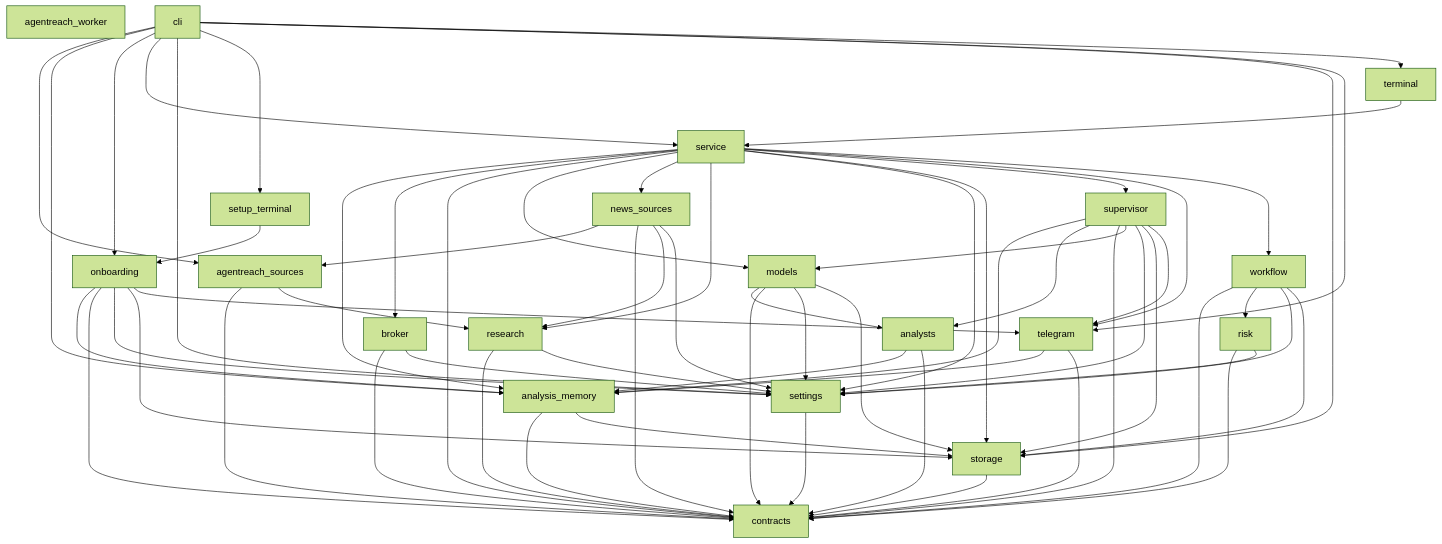
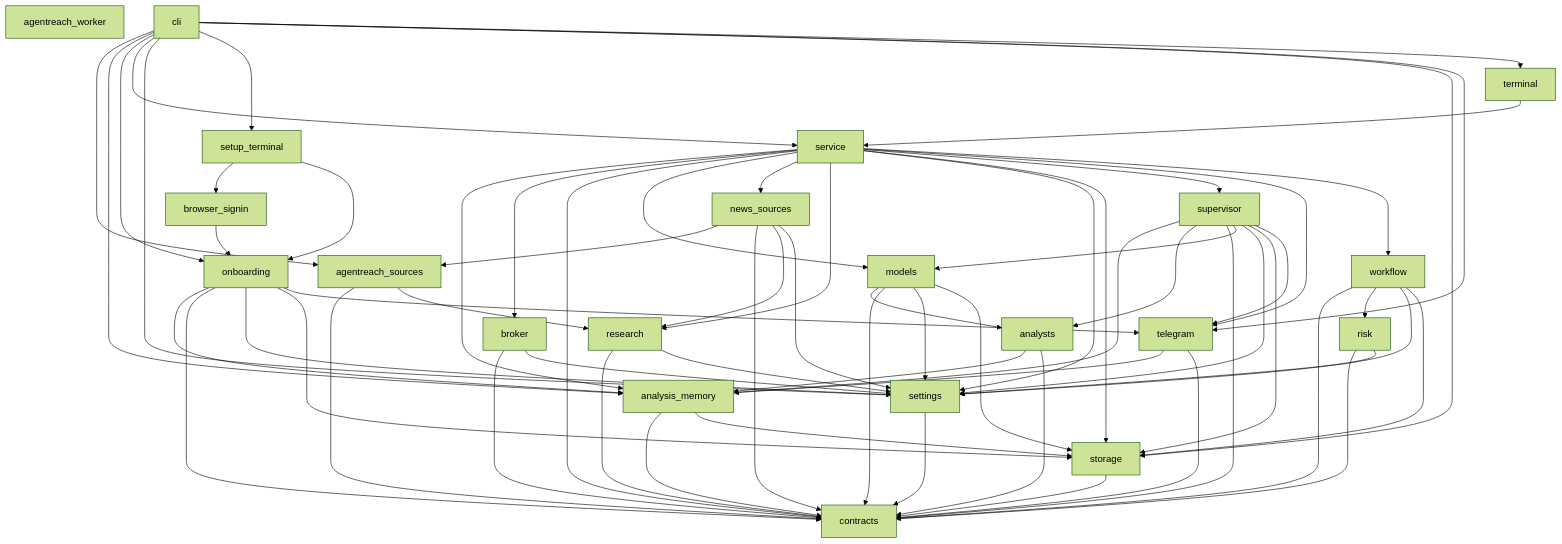
One commit to JKGiova/agentic-trading-workflow changed the diagram in docs/codebase-map.md. Above: the diagram before and after it, drawn with Mermaid (forest theme). The commit also changed other lines of this file and 15 other files, not shown here.

First line of the commit message:
feat: add isolated browser sign-in for X onboarding

````diff
--- a/docs/codebase-map.md
+++ b/docs/codebase-map.md
@@ -13,81 +13,84 @@
     M3["analysis_memory"]
     M4["analysts"]
     M5["broker"]
-    M6["cli"]
-    M7["contracts"]
-    M8["models"]
-    M9["news_sources"]
-    M10["onboarding"]
-    M11["research"]
-    M12["risk"]
-    M13["service"]
-    M14["settings"]
-    M15["setup_terminal"]
-    M16["storage"]
-    M17["supervisor"]
-    M18["telegram"]
-    M19["terminal"]
-    M20["workflow"]
-    M1 --> M7
-    M1 --> M11
-    M3 --> M7
-    M3 --> M16
+    M6["browser_signin"]
+    M7["cli"]
+    M8["contracts"]
+    M9["models"]
+    M10["news_sources"]
+    M11["onboarding"]
+    M12["research"]
+    M13["risk"]
+    M14["service"]
+    M15["settings"]
+    M16["setup_terminal"]
+    M17["storage"]
+    M18["supervisor"]
+    M19["telegram"]
+    M20["terminal"]
+    M21["workflow"]
+    M1 --> M8
+    M1 --> M12
+    M3 --> M8
+    M3 --> M17
     M4 --> M3
-    M4 --> M7
-    M5 --> M7
-    M5 --> M14
-    M6 --> M1
-    M6 --> M3
-    M6 --> M10
-    M6 --> M13
-    M6 --> M14
-    M6 --> M15
-    M6 --> M16
-    M6 --> M18
-    M6 --> M19
-    M8 --> M4
-    M8 --> M7
-    M8 --> M14
-    M8 --> M16
-    M9 --> M1
-    M9 --> M7
-    M9 --> M11
-    M9 --> M14
-    M10 --> M3
-    M10 --> M7
-    M10 --> M14
-    M10 --> M16
-    M10 --> M18
-    M11 --> M7
-    M11 --> M14
-    M12 --> M7
-    M12 --> M14
-    M13 --> M3
-    M13 --> M5
-    M13 --> M7
+    M4 --> M8
+    M5 --> M8
+    M5 --> M15
+    M6 --> M11
+    M7 --> M1
+    M7 --> M3
+    M7 --> M11
+    M7 --> M14
+    M7 --> M15
+    M7 --> M16
+    M7 --> M17
+    M7 --> M19
+    M7 --> M20
+    M9 --> M4
+    M9 --> M8
+    M9 --> M15
+    M9 --> M17
+    M10 --> M1
+    M10 --> M8
+    M10 --> M12
+    M10 --> M15
+    M11 --> M3
+    M11 --> M8
+    M11 --> M15
+    M11 --> M17
+    M11 --> M19
+    M12 --> M8
+    M12 --> M15
     M13 --> M8
-    M13 --> M9
-    M13 --> M11
-    M13 --> M14
-    M13 --> M16
-    M13 --> M17
-    M13 --> M18
-    M13 --> M20
-    M14 --> M7
-    M15 --> M10
-    M16 --> M7
-    M17 --> M3
-    M17 --> M4
-    M17 --> M7
+    M13 --> M15
+    M14 --> M3
+    M14 --> M5
+    M14 --> M8
+    M14 --> M9
+    M14 --> M10
+    M14 --> M12
+    M14 --> M15
+    M14 --> M17
+    M14 --> M18
+    M14 --> M19
+    M14 --> M21
+    M15 --> M8
+    M16 --> M6
+    M16 --> M11
     M17 --> M8
-    M17 --> M14
-    M17 --> M16
-    M17 --> M18
     M18 --> M3
-    M18 --> M7
-    M19 --> M13
-    M20 --> M7
-    M20 --> M12
+    M18 --> M4
+    M18 --> M8
+    M18 --> M9
+    M18 --> M15
+    M18 --> M17
+    M18 --> M19
+    M19 --> M3
+    M19 --> M8
     M20 --> M14
-    M20 --> M16
+    M21 --> M8
+    M21 --> M13
+    M21 --> M15
+    M21 --> M17
 ```
````
